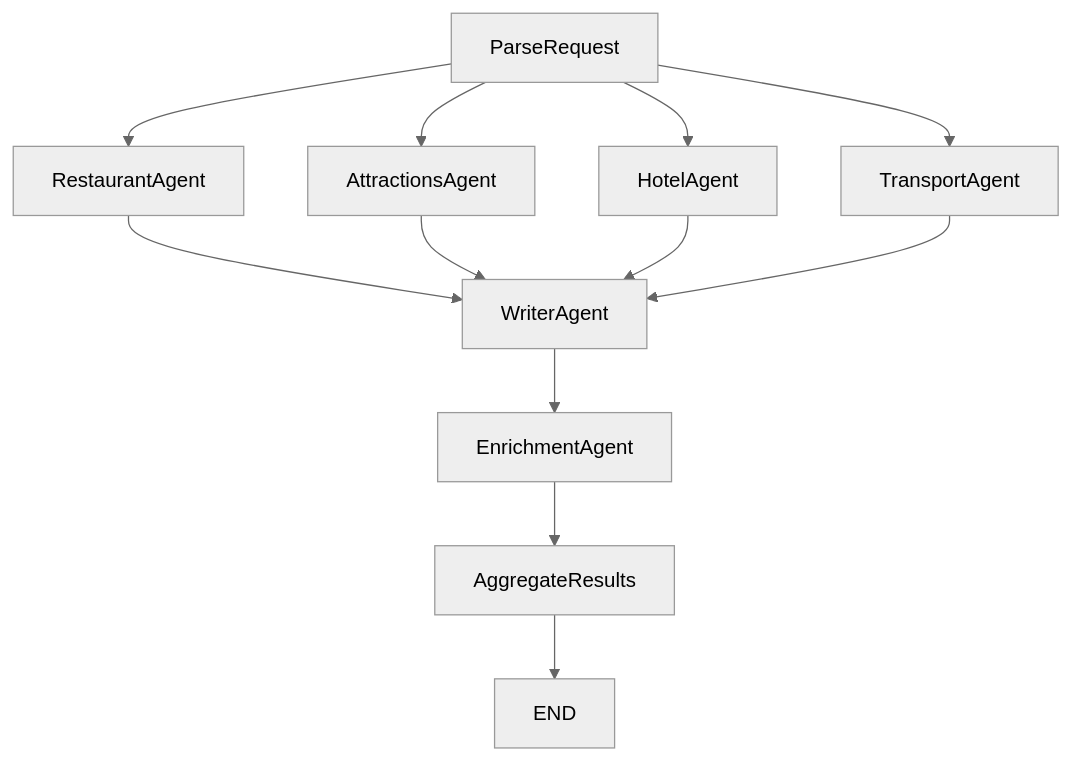
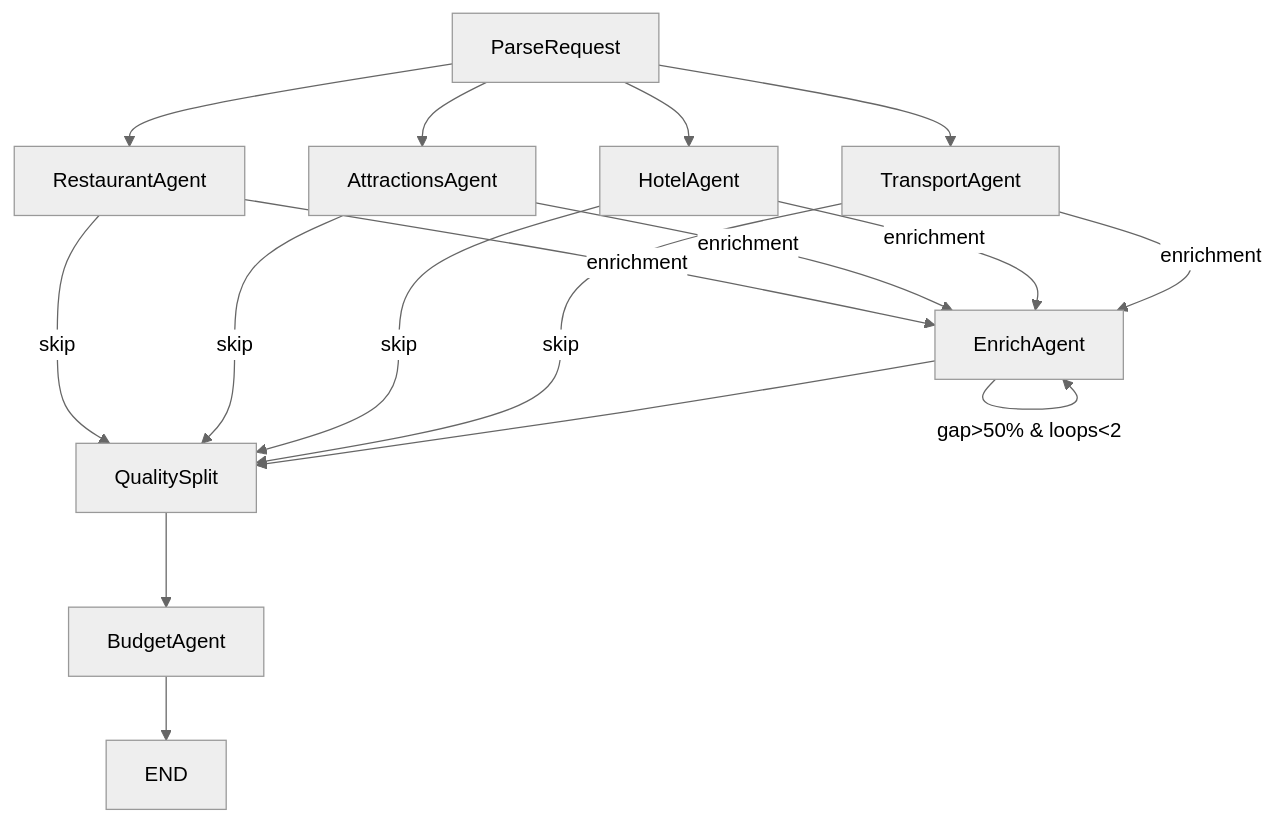
The diagram in docs/TECHNICAL_DOC.md (alexjyc/spot), drawn with Mermaid (neutral theme) before and after one commit. The commit also changed other lines of this file and 6 other files, not shown here.

````diff
--- a/docs/TECHNICAL_DOC.md
+++ b/docs/TECHNICAL_DOC.md
@@ -47,16 +44,22 @@
 ```mermaid
 graph TD
    ParseRequest --> RestaurantAgent
    ParseRequest --> AttractionsAgent
    ParseRequest --> HotelAgent
    ParseRequest --> TransportAgent
 
-   RestaurantAgent --> WriterAgent
-   AttractionsAgent --> WriterAgent
-   HotelAgent --> WriterAgent
-   TransportAgent --> WriterAgent
+   RestaurantAgent --> |enrichment| EnrichAgent
+   RestaurantAgent --> |skip| QualitySplit
+   AttractionsAgent --> |enrichment| EnrichAgent
+   AttractionsAgent --> |skip| QualitySplit
+   HotelAgent --> |enrichment| EnrichAgent
+   HotelAgent --> |skip| QualitySplit
+   TransportAgent --> |enrichment| EnrichAgent
+   TransportAgent --> |skip| QualitySplit
 
-   WriterAgent --> EnrichmentAgent
-   EnrichmentAgent --> AggregateResults
-   AggregateResults --> END
+   EnrichAgent --> |gap>50% & loops<2| EnrichAgent
+   EnrichAgent --> QualitySplit
+
+   QualitySplit --> BudgetAgent
+   BudgetAgent --> END
 ```
````
